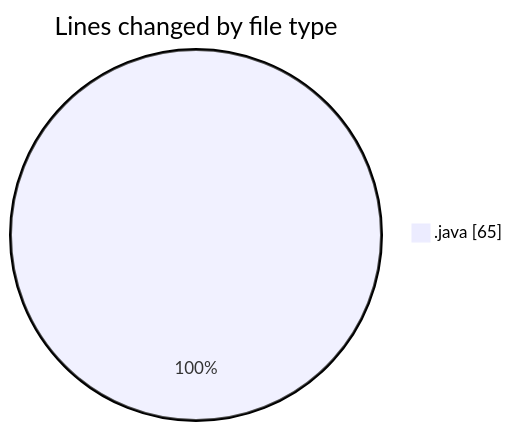
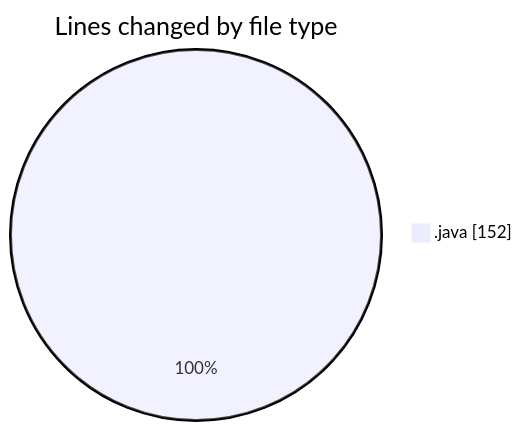
One commit to ricardozamudiocil/code-tracking changed the first of 2 diagrams in 2026-05-26/cilapp/README.md. Above: the diagram before and after it, drawn with Mermaid. The commit also changed other lines of this file and 1 other file, not shown here.

````diff
--- a/2026-05-26/cilapp/README.md
+++ b/2026-05-26/cilapp/README.md
@@ -20,5 +20,5 @@
 ```mermaid
 pie showData
 title Lines changed by file type
-".java" : 65
+".java" : 152
 ```
````
